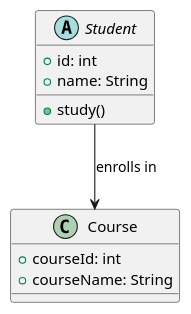
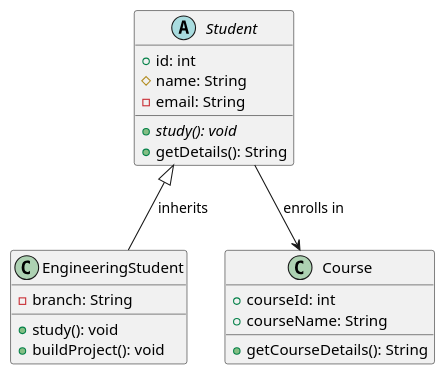
Before and after one commit to jagratadeb/System-Design: the diagram in UML Diagrams/classDiagram.puml, drawn with PlantUML. The commit also changed 2 other files, not shown here.

Commit message:
better diagrams

```diff
--- a/UML Diagrams/classDiagram.puml
+++ b/UML Diagrams/classDiagram.puml
@@ -1,16 +1,26 @@
 @startuml
 
 abstract class Student {
-  +id: int
-  +name: String
-  +study()
+    +id: int
+    #name: String
+    -email: String
+    {abstract} +study(): void
+    +getDetails(): String
+}
+
+class EngineeringStudent {
+    -branch: String
+    +study(): void
+    +buildProject(): void
 }
 
 class Course {
-  +courseId: int
-  +courseName: String
+    +courseId: int
+    +courseName: String
+    +getCourseDetails(): String
 }
 
+Student <|-- EngineeringStudent : inherits
 Student --> Course : enrolls in
 
 @enduml
```
